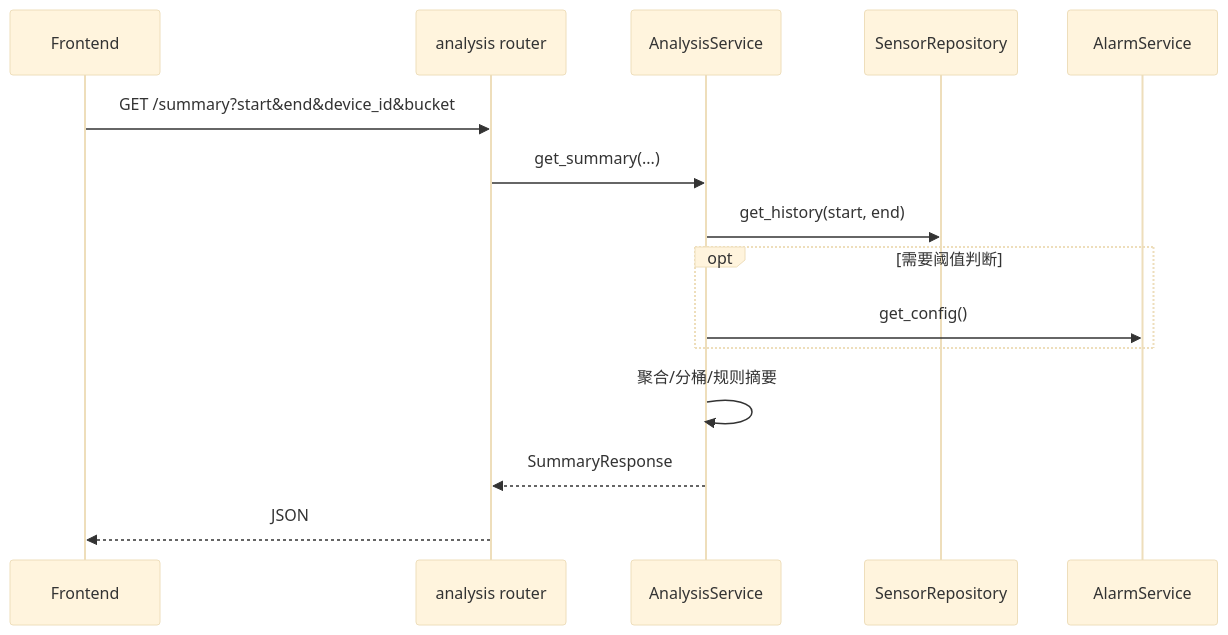
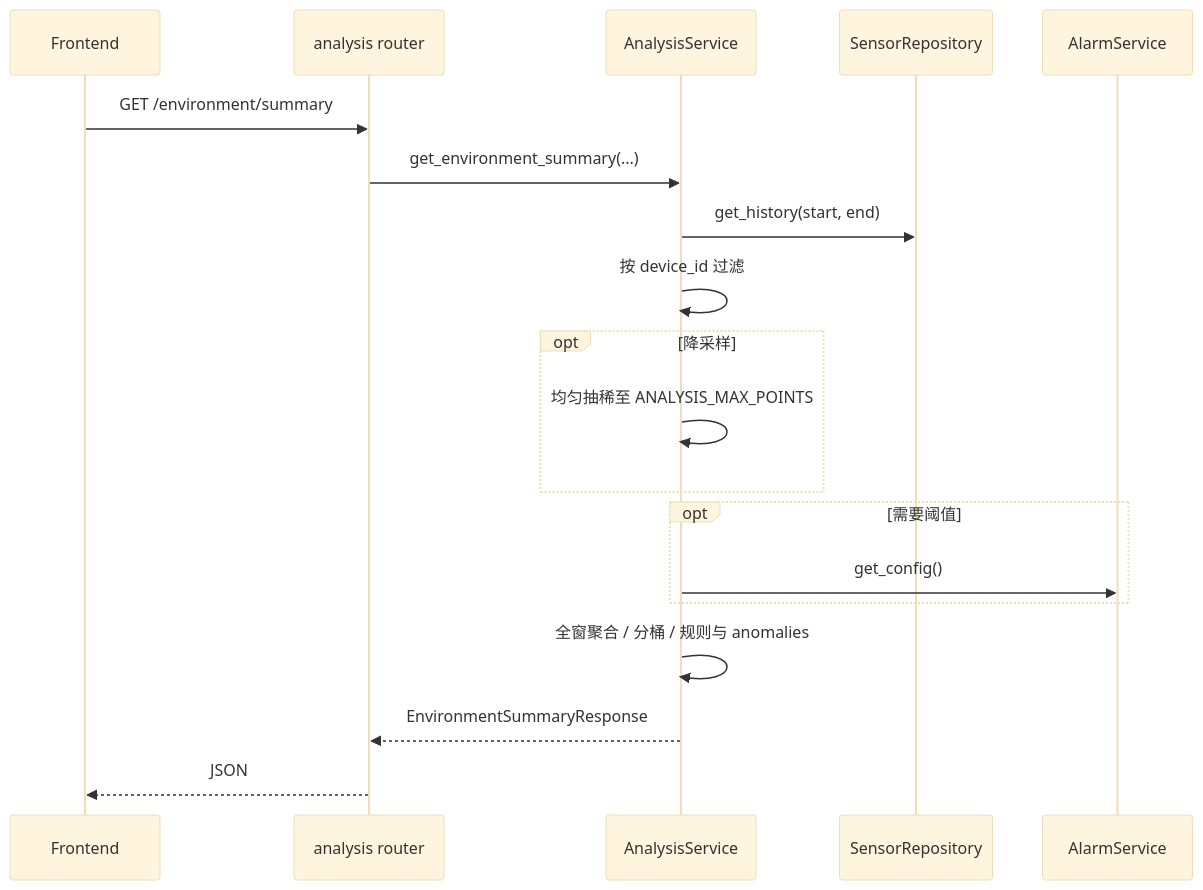
Before and after one commit to Goushi666/ai_lang: the first of 2 diagrams in doc/dd/backend/06-环境分析模块.md, drawn with Mermaid (base theme). The commit also changed other lines of this file and 22 other files, not shown here.

````diff
--- a/doc/dd/backend/06-环境分析模块.md
+++ b/doc/dd/backend/06-环境分析模块.md
@@ -22,18 +65,22 @@
 ```mermaid
 sequenceDiagram
   participant FE as Frontend
   participant API as analysis router
   participant SVC as AnalysisService
   participant Repo as SensorRepository
   participant Alarm as AlarmService
 
-  FE->>API: GET /summary?start&end&device_id&bucket
-  API->>SVC: get_summary(...)
+  FE->>API: GET /environment/summary
+  API->>SVC: get_environment_summary(...)
   SVC->>Repo: get_history(start, end)
-  opt 需要阈值判断
+  SVC->>SVC: 按 device_id 过滤
+  opt 降采样
+    SVC->>SVC: 均匀抽稀至 ANALYSIS_MAX_POINTS
+  end
+  opt 需要阈值
     SVC->>Alarm: get_config()
   end
-  SVC->>SVC: 聚合/分桶/规则摘要
-  SVC-->>API: SummaryResponse
+  SVC->>SVC: 全窗聚合 / 分桶 / 规则与 anomalies
+  SVC-->>API: EnvironmentSummaryResponse
   API-->>FE: JSON
 ```
````
